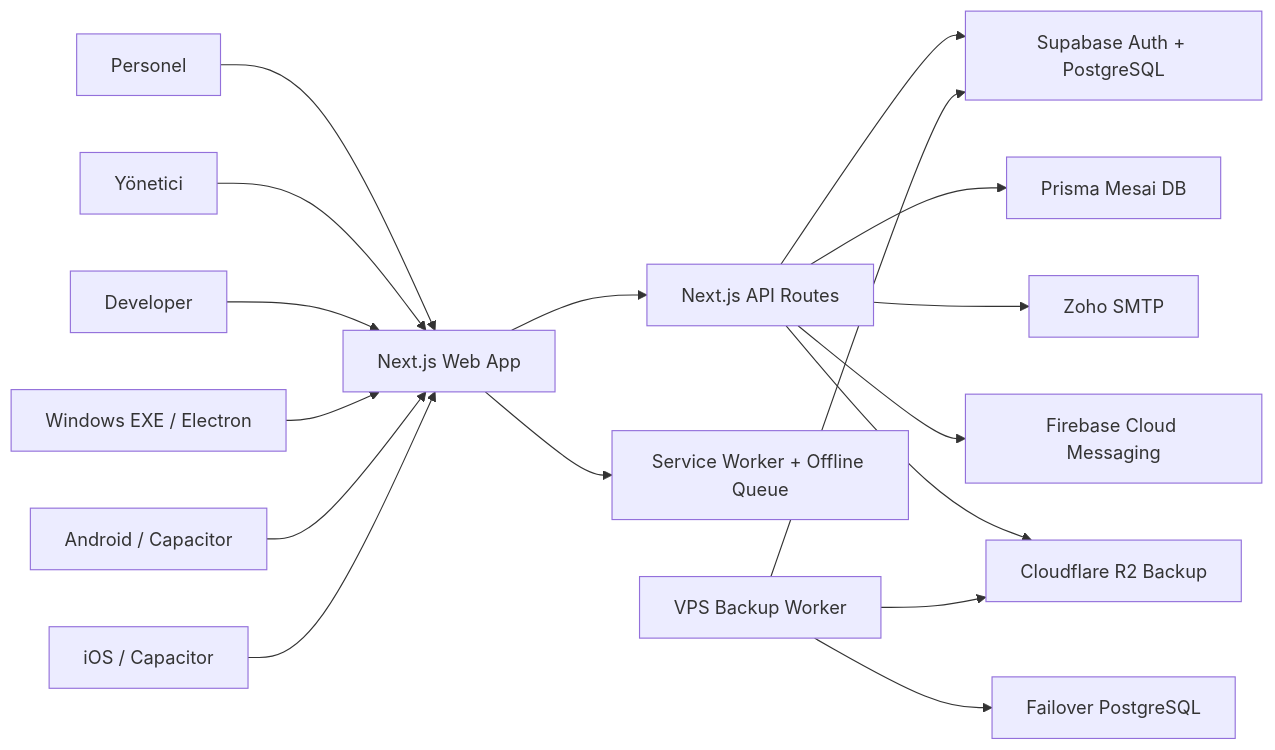
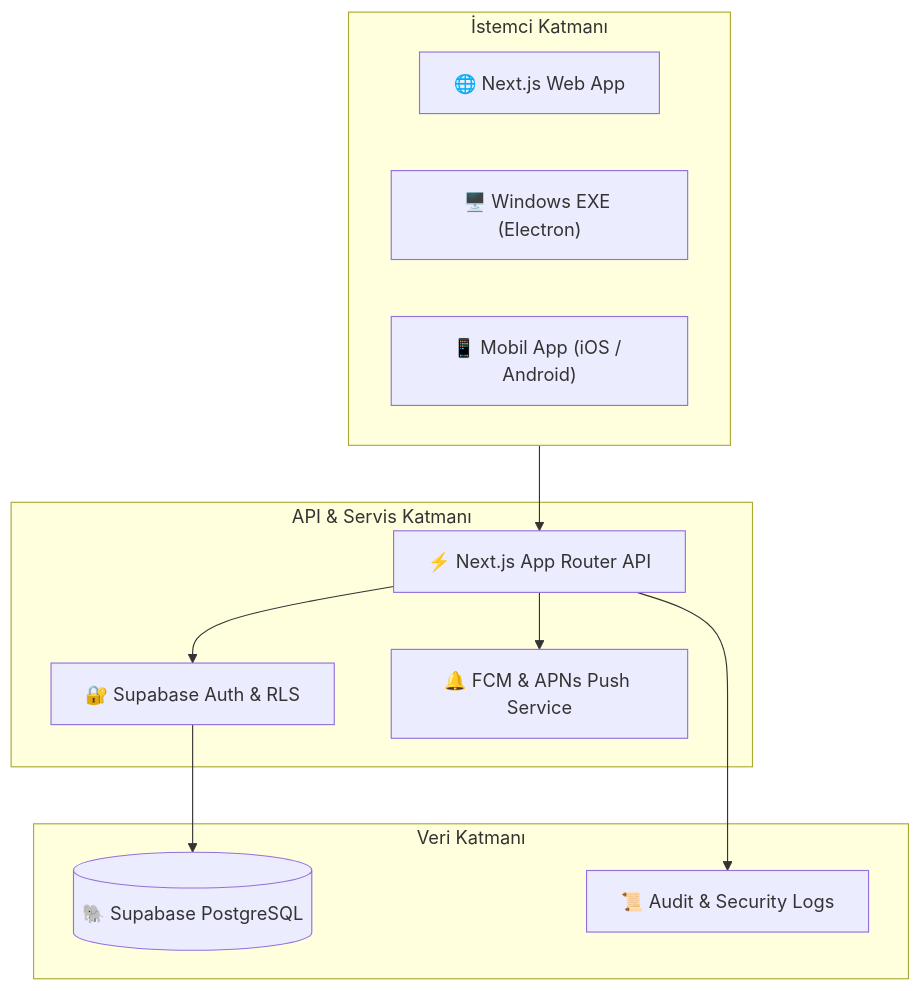
Before and after one commit to wasycim/hesap: the diagram in README.md, drawn with Mermaid. The commit also changed other lines of this file, not shown here.

````diff
--- a/README.md
+++ b/README.md
@@ -96,22 +66,25 @@
 ```mermaid
-flowchart LR
-  PERSONEL["Personel"] --> WEB["Next.js Web App"]
-  ADMIN["Yönetici"] --> WEB
-  DEV["Developer"] --> WEB
+flowchart TD
+    subgraph Client["İstemci Katmanı"]
+        WEB["🌐 Next.js Web App"]
+        EXE["🖥️ Windows EXE (Electron)"]
+        MOB["📱 Mobil App (iOS / Android)"]
+    end
 
-  WEB --> API["Next.js API Routes"]
-  API --> SUPA["Supabase Auth + PostgreSQL"]
-  API --> PRISMA["Prisma Mesai DB"]
-  API --> SMTP["Zoho SMTP"]
-  API --> FCM["Firebase Cloud Messaging"]
-  API --> R2["Cloudflare R2 Backup"]
+    subgraph Backend["API & Servis Katmanı"]
+        API["⚡ Next.js App Router API"]
+        AUTH["🔐 Supabase Auth & RLS"]
+        NOTIF["🔔 FCM & APNs Push Service"]
+    end
 
-  WEB --> SW["Service Worker + Offline Queue"]
-  DESKTOP["Windows EXE / Electron"] --> WEB
-  ANDROID["Android / Capacitor"] --> WEB
-  IOS["iOS / Capacitor"] --> WEB
+    subgraph Storage["Veri Katmanı"]
+        DB[(🐘 Supabase PostgreSQL)]
+        AUDIT[📜 Audit & Security Logs]
+    end
 
-  VPS["VPS Backup Worker"] --> SUPA
-  VPS --> R2
-  VPS --> FAILOVER["Failover PostgreSQL"]
+    Client --> API
+    API --> AUTH
+    AUTH --> DB
+    API --> NOTIF
+    API --> AUDIT
 ```
````
